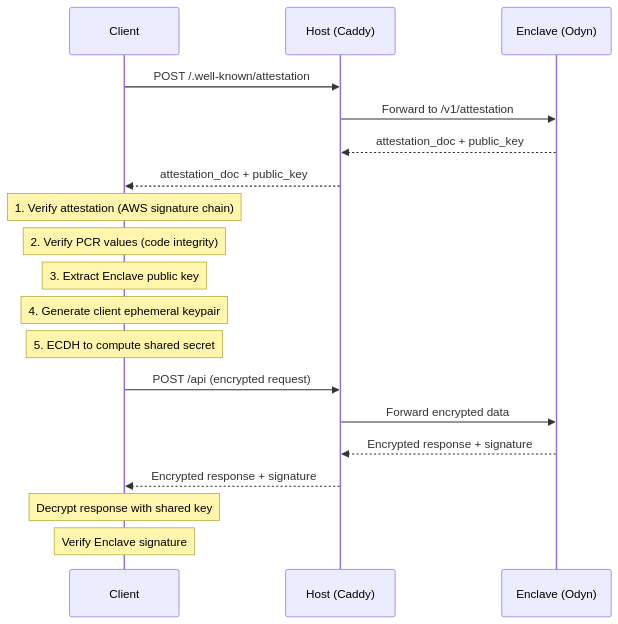
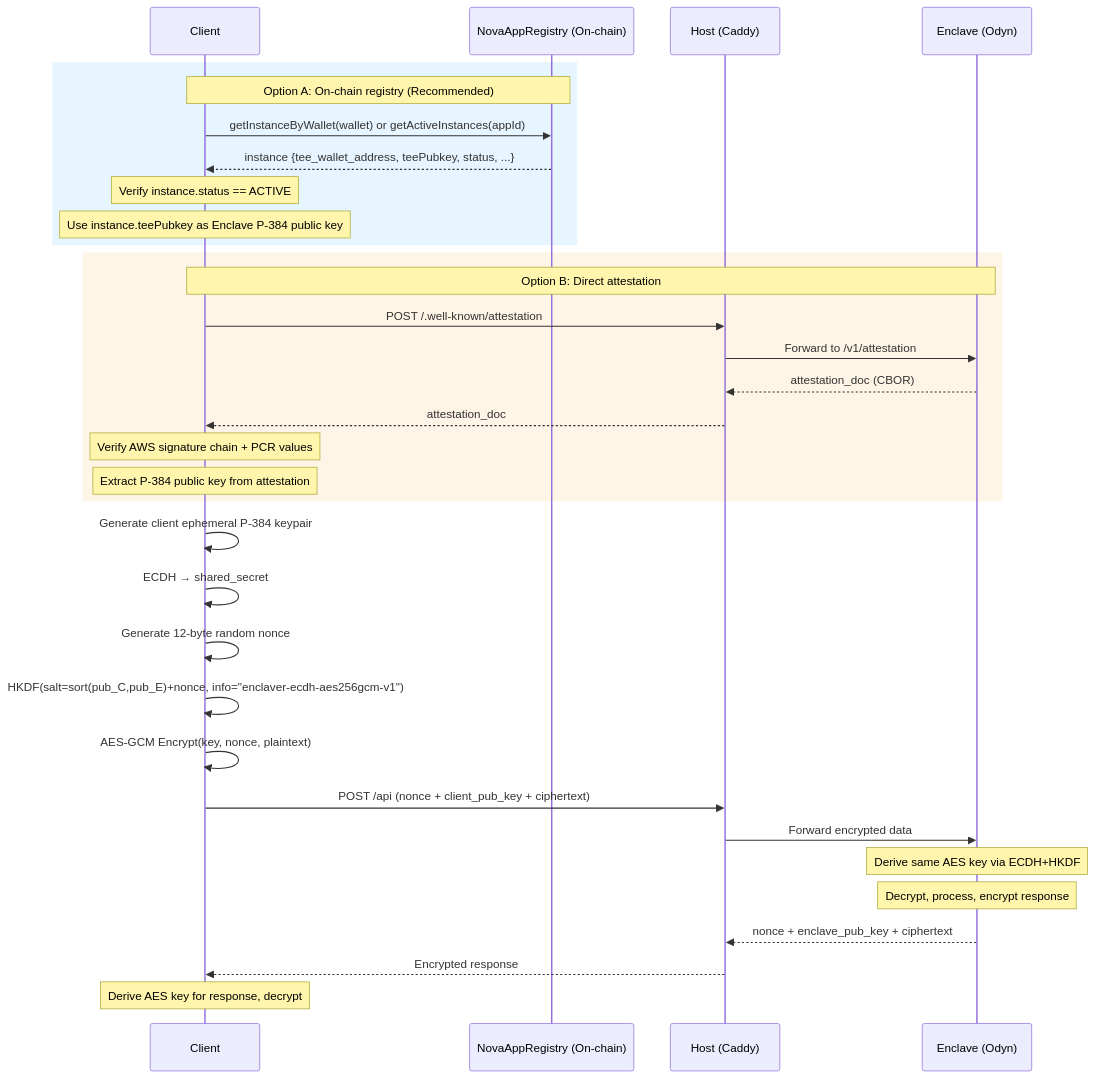
Before and after one commit to sparsity-xyz/nova-enclave-capsule: the first of 2 diagrams in docs/encryption.md, drawn with Mermaid. The commit also changed other lines of this file and 2 other files, not shown here.

Commit message:
update docs for new echd+hkdf

````diff
--- a/docs/encryption.md
+++ b/docs/encryption.md
@@ -108,25 +115,40 @@
 ```mermaid
 sequenceDiagram
     participant C as Client
+    participant R as NovaAppRegistry (On-chain)
     participant H as Host (Caddy)
     participant E as Enclave (Odyn)
     
-    C->>H: POST /.well-known/attestation
-    H->>E: Forward to /v1/attestation
-    E-->>H: attestation_doc + public_key
-    H-->>C: attestation_doc + public_key
+    rect rgb(230, 245, 255)
+        Note over C,R: Option A: On-chain registry (Recommended)
+        C->>R: getInstanceByWallet(wallet) or getActiveInstances(appId)
+        R-->>C: instance {tee_wallet_address, teePubkey, status, ...}
+        Note over C: Verify instance.status == ACTIVE
+        Note over C: Use instance.teePubkey as Enclave P-384 public key
+    end
+
+    rect rgb(255, 245, 230)
+        Note over C,E: Option B: Direct attestation
+        C->>H: POST /.well-known/attestation
+        H->>E: Forward to /v1/attestation
+        E-->>H: attestation_doc (CBOR)
+        H-->>C: attestation_doc
+        Note over C: Verify AWS signature chain + PCR values
+        Note over C: Extract P-384 public key from attestation
+    end
+
+    C->>C: Generate client ephemeral P-384 keypair
+    C->>C: ECDH → shared_secret
+    C->>C: Generate 12-byte random nonce
+    C->>C: HKDF(salt=sort(pub_C,pub_E)+nonce, info="enclaver-ecdh-aes256gcm-v1")
+    C->>C: AES-GCM Encrypt(key, nonce, plaintext)
+
+    C->>H: POST /api (nonce + client_pub_key + ciphertext)
+    H->>E: Forward encrypted data
+    Note over E: Derive same AES key via ECDH+HKDF
+    Note over E: Decrypt, process, encrypt response
+    E-->>H: nonce + enclave_pub_key + ciphertext
+    H-->>C: Encrypted response
     
-    Note over C: 1. Verify attestation (AWS signature chain)
-    Note over C: 2. Verify PCR values (code integrity)
-    Note over C: 3. Extract Enclave public key
-    Note over C: 4. Generate client ephemeral keypair
-    Note over C: 5. ECDH to compute shared secret
-    
-    C->>H: POST /api (encrypted request)
-    H->>E: Forward encrypted data
-    E-->>H: Encrypted response + signature
-    H-->>C: Encrypted response + signature
-    
-    Note over C: Decrypt response with shared key
-    Note over C: Verify Enclave signature
+    Note over C: Derive AES key for response, decrypt
 ```
````
